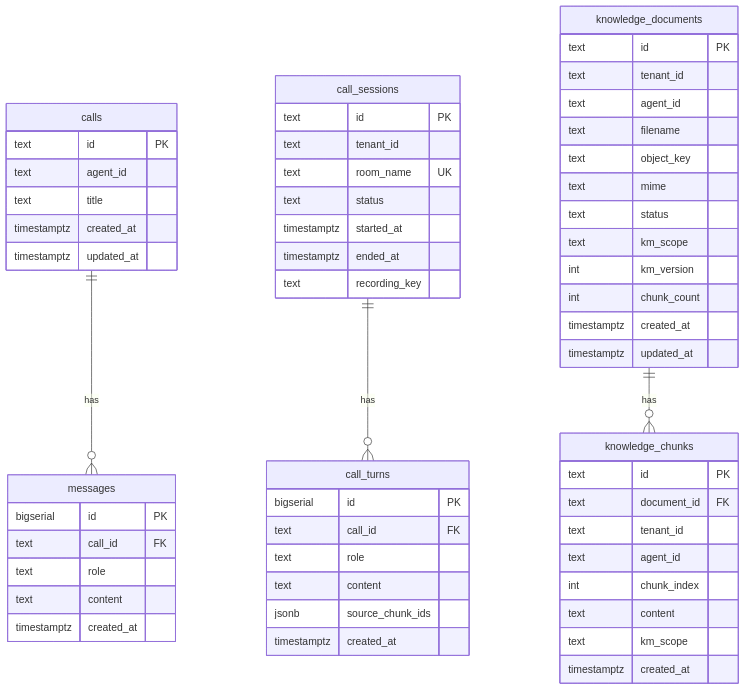
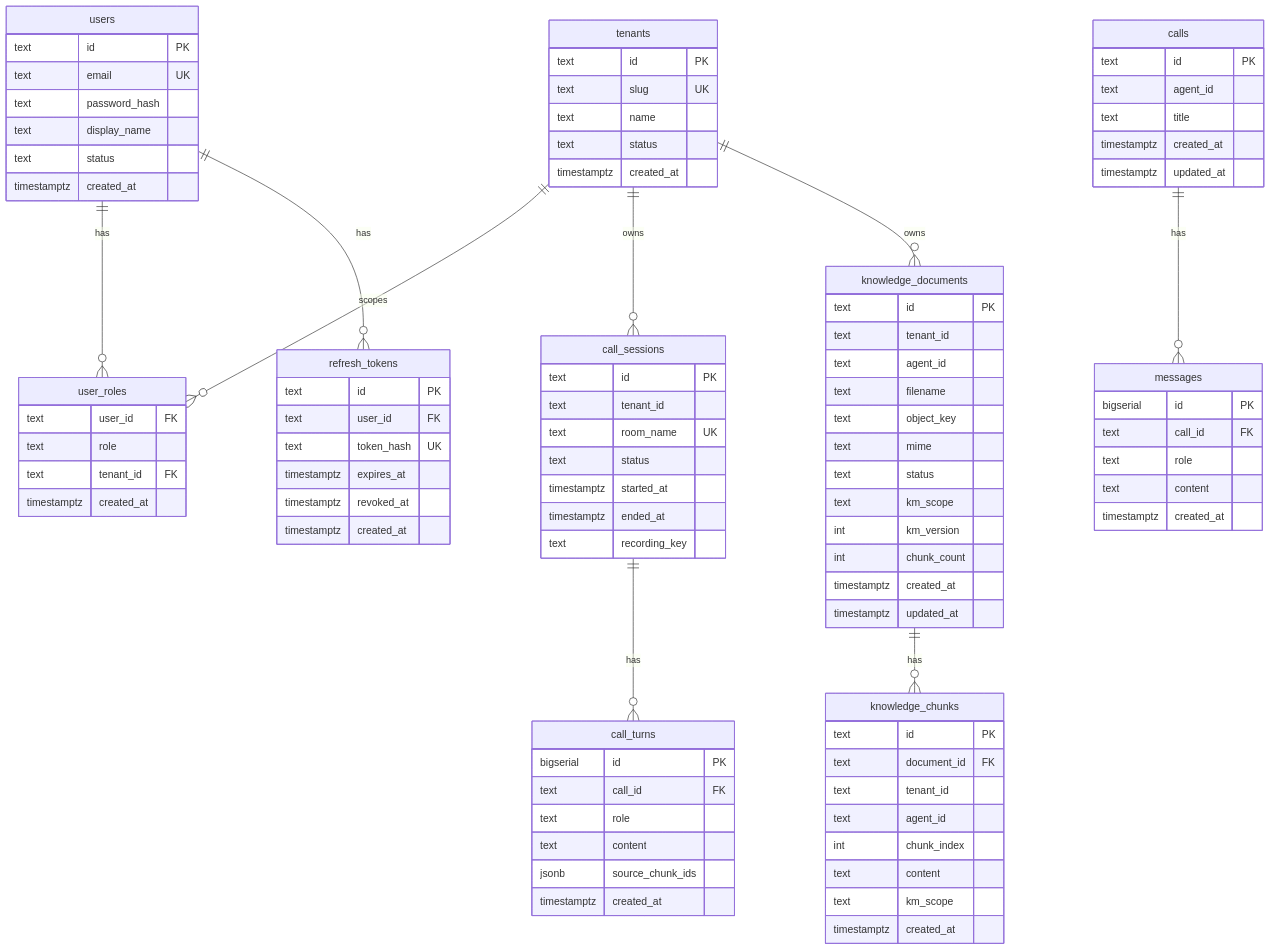
Before and after one commit to apaichon/monti-jarvis: the first of 2 diagrams in docs/sdlc/02-design/er-diagram.md, drawn with Mermaid. The commit also changed other lines of this file and 16 other files, not shown here.

````diff
--- a/docs/sdlc/02-design/er-diagram.md
+++ b/docs/sdlc/02-design/er-diagram.md
@@ -15,8 +15,46 @@
 ```mermaid
 erDiagram
+  tenants ||--o{ user_roles : scopes
+  users ||--o{ user_roles : has
+  users ||--o{ refresh_tokens : has
+  tenants ||--o{ call_sessions : owns
+  tenants ||--o{ knowledge_documents : owns
   calls ||--o{ messages : has
   call_sessions ||--o{ call_turns : has
   knowledge_documents ||--o{ knowledge_chunks : has
+
+  tenants {
+    text id PK
+    text slug UK
+    text name
+    text status
+    timestamptz created_at
+  }
+
+  users {
+    text id PK
+    text email UK
+    text password_hash
+    text display_name
+    text status
+    timestamptz created_at
+  }
+
+  user_roles {
+    text user_id FK
+    text role
+    text tenant_id FK
+    timestamptz created_at
+  }
+
+  refresh_tokens {
+    text id PK
+    text user_id FK
+    text token_hash UK
+    timestamptz expires_at
+    timestamptz revoked_at
+    timestamptz created_at
+  }
 
   calls {
     text id PK
````
